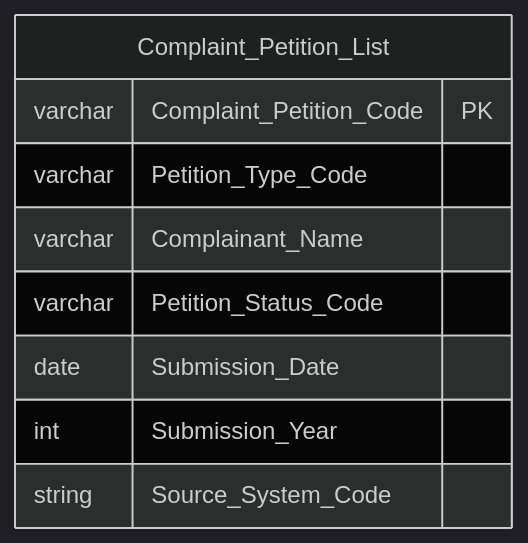
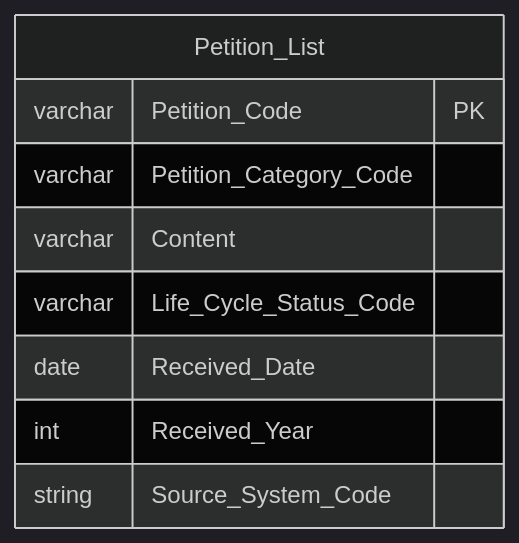
Diagram 43 of 46 in Datamart/hld/DTM_TT_HLD.md (linhlvit/ubck_atomic_design), drawn with Mermaid (dark theme) before and after one commit. The commit also changed other lines of this file and 41 other files, not shown here.

````diff
--- a/Datamart/hld/DTM_TT_HLD.md
+++ b/Datamart/hld/DTM_TT_HLD.md
@@ -1611,12 +1707,12 @@
 ```mermaid
 erDiagram
-    Complaint_Petition_List {
-        varchar Complaint_Petition_Code PK
-        varchar Petition_Type_Code
-        varchar Complainant_Name
-        varchar Petition_Status_Code
-        date Submission_Date
-        int Submission_Year
+    Petition_List {
+        varchar Petition_Code PK
+        varchar Petition_Category_Code
+        varchar Content
+        varchar Life_Cycle_Status_Code
+        date Received_Date
+        int Received_Year
         string Source_System_Code
     }
 ```
````
